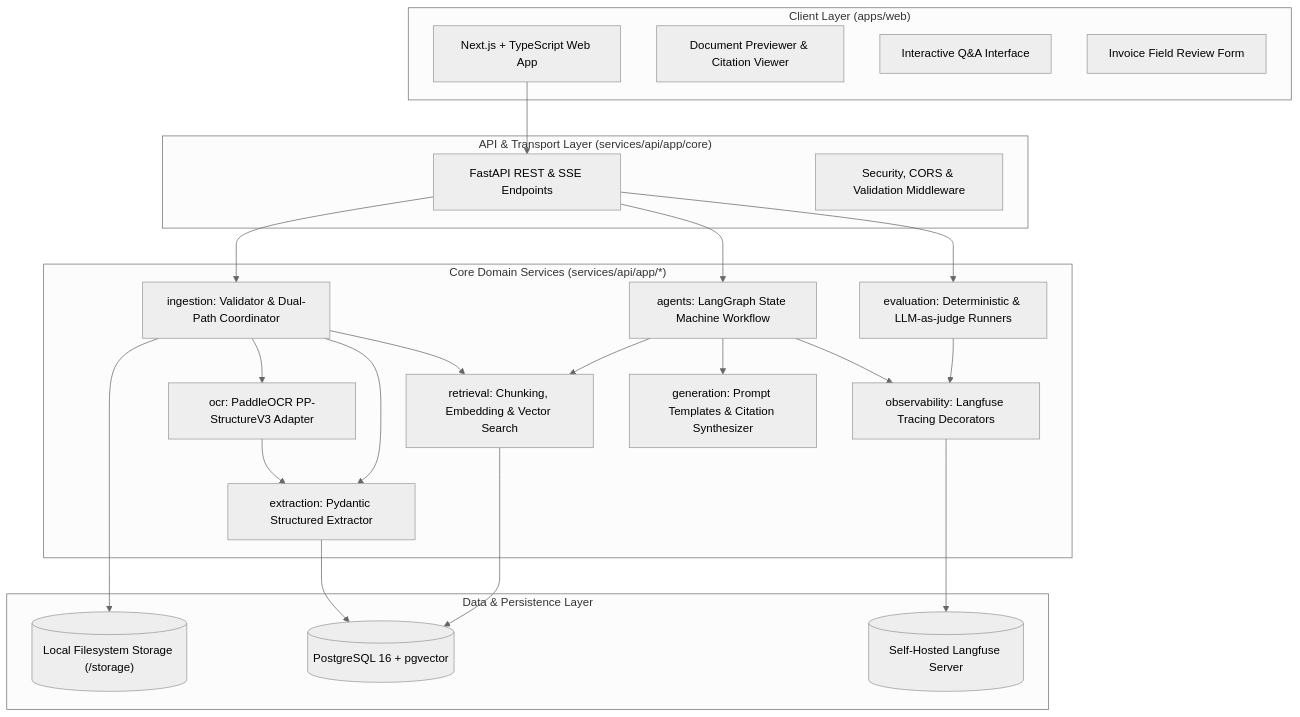
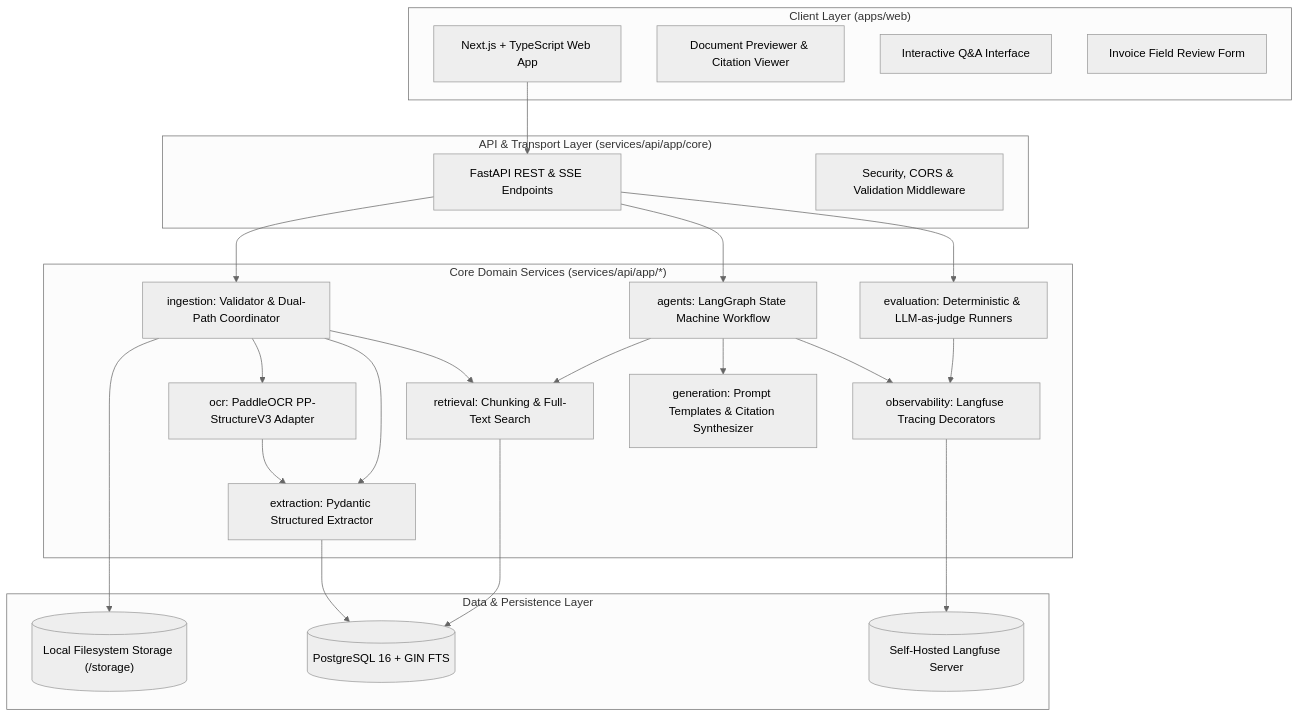
The diagram in docs/ARCHITECTURE.md (7z1x/multimodal-document-intelligence), drawn with Mermaid (neutral theme) before and after one commit. The commit also changed other lines of this file and 46 other files, not shown here.

````diff
--- a/docs/ARCHITECTURE.md
+++ b/docs/ARCHITECTURE.md
@@ -17,52 +17,52 @@
 ```mermaid
 graph TB
     subgraph ClientLayer ["Client Layer (apps/web)"]
         UI["Next.js + TypeScript Web App"]
         Viewer["Document Previewer & Citation Viewer"]
         Chat["Interactive Q&A Interface"]
         Review["Invoice Field Review Form"]
     end
 
     subgraph APILayer ["API & Transport Layer (services/api/app/core)"]
         Router["FastAPI REST & SSE Endpoints"]
         Middleware["Security, CORS & Validation Middleware"]
     end
 
     subgraph DomainLayer ["Core Domain Services (services/api/app/*)"]
         Ingest["ingestion: Validator & Dual-Path Coordinator"]
         OCR["ocr: PaddleOCR PP-StructureV3 Adapter"]
         Extract["extraction: Pydantic Structured Extractor"]
-        Retrieve["retrieval: Chunking, Embedding & Vector Search"]
+        Retrieve["retrieval: Chunking & Full-Text Search"]
         Agent["agents: LangGraph State Machine Workflow"]
         Gen["generation: Prompt Templates & Citation Synthesizer"]
         Eval["evaluation: Deterministic & LLM-as-judge Runners"]
         Obs["observability: Langfuse Tracing Decorators"]
     end
 
     subgraph DataStorageLayer ["Data & Persistence Layer"]
-        PG[("PostgreSQL 16 + pgvector")]
+        PG[("PostgreSQL 16 + GIN FTS")]
         Disk[("Local Filesystem Storage (/storage)")]
         LangfuseSvc[("Self-Hosted Langfuse Server")]
     end
 
     UI --> Router
     Router --> Ingest
     Router --> Agent
     Router --> Eval
 
     Ingest --> Disk
     Ingest --> OCR
     Ingest --> Extract
     Ingest --> Retrieve
 
     OCR --> Extract
     Retrieve --> PG
     Extract --> PG
 
     Agent --> Retrieve
     Agent --> Gen
     Agent --> Obs
 
     Obs --> LangfuseSvc
     Eval --> Obs
 ```
````
